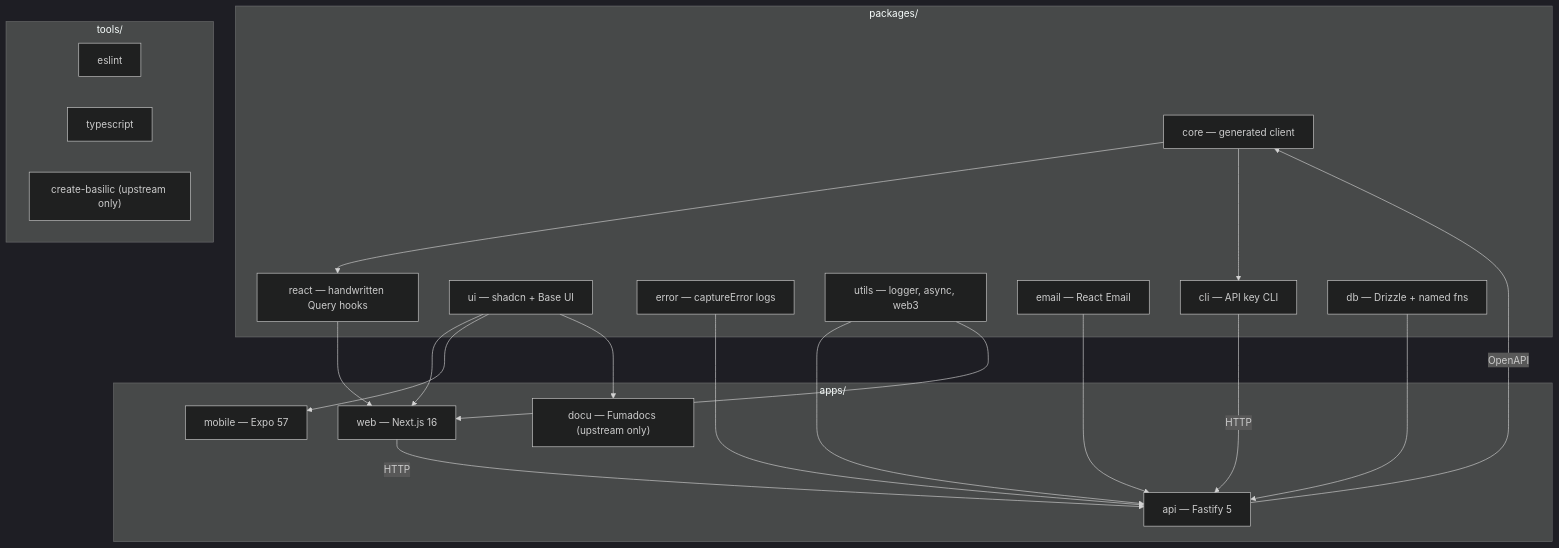
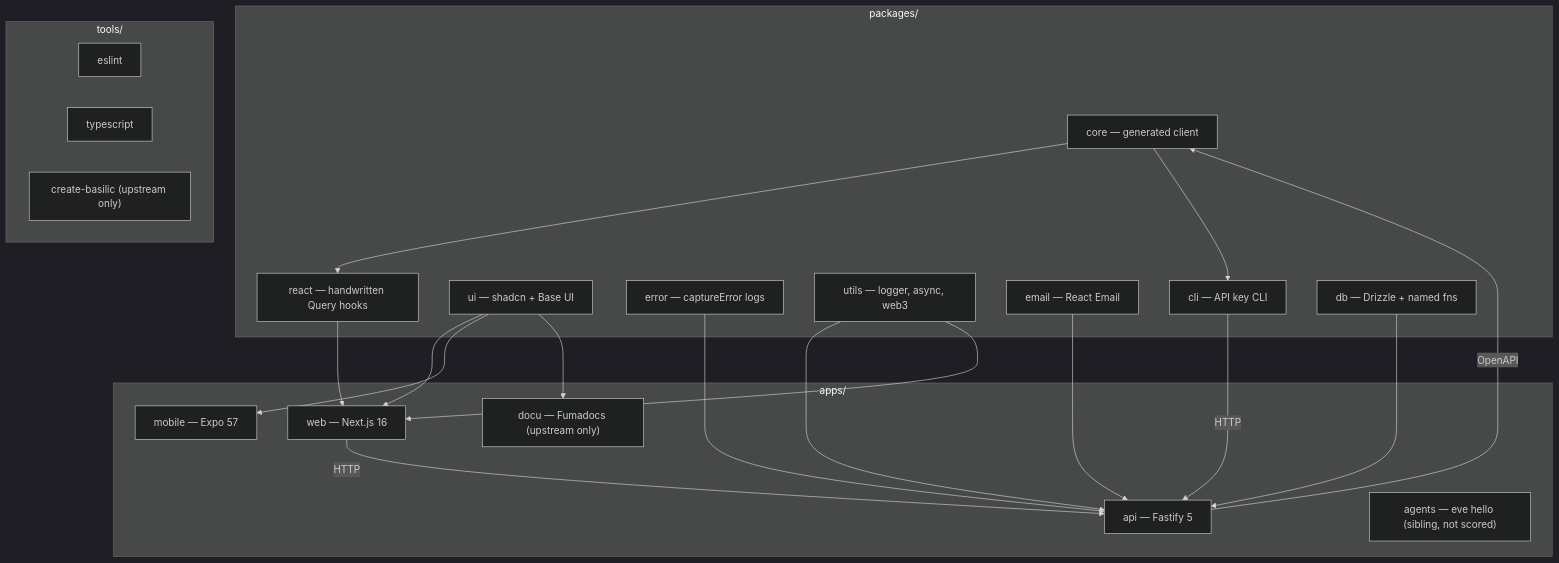
Before and after one commit to blockmatic/basilic: the diagram in apps/docu/content/docs/architecture/monorepo.mdx, drawn with Mermaid (dark theme). The commit also changed other lines of this file and 33 other files, not shown here.

First line of the commit message:
feat(agents): add eve hello workspace (#241)

````diff
--- a/apps/docu/content/docs/architecture/monorepo.mdx
+++ b/apps/docu/content/docs/architecture/monorepo.mdx
@@ -8,41 +8,42 @@
 ```mermaid
 flowchart TB
   subgraph Packages["packages/"]
     Core["core — generated client"]
     React["react — handwritten Query hooks"]
     UI["ui — shadcn + Base UI"]
     Error["error — captureError logs"]
     Utils["utils — logger, async, web3"]
     Email["email — React Email"]
     Cli["cli — API key CLI"]
     Db["db — Drizzle + named fns"]
   end
 
   subgraph Apps["apps/"]
     API["api — Fastify 5"]
     Web["web — Next.js 16"]
     Mobile["mobile — Expo 57"]
+    Agents["agents — eve hello (sibling, not scored)"]
     Docu["docu — Fumadocs (upstream only)"]
   end
 
   subgraph Tools["tools/"]
     Eslint["eslint"]
     Ts["typescript"]
     Create["create-basilic (upstream only)"]
   end
 
   API -->|OpenAPI| Core
   Core --> React
   Core --> Cli
   React --> Web
   UI --> Web
   UI --> Mobile
   UI --> Docu
   Error --> API
   Utils --> API
   Utils --> Web
   Email --> API
   Db --> API
   Web -->|HTTP| API
   Cli -->|HTTP| API
 ```
````
